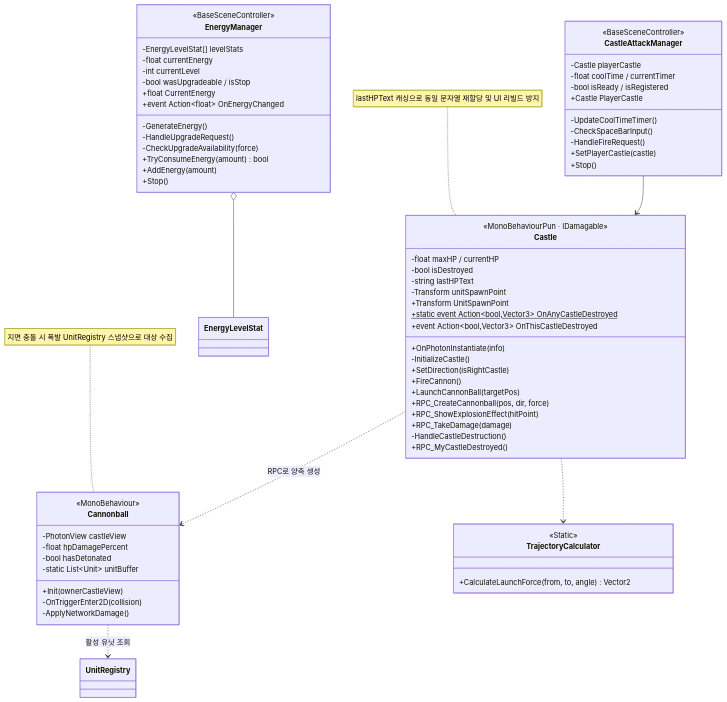
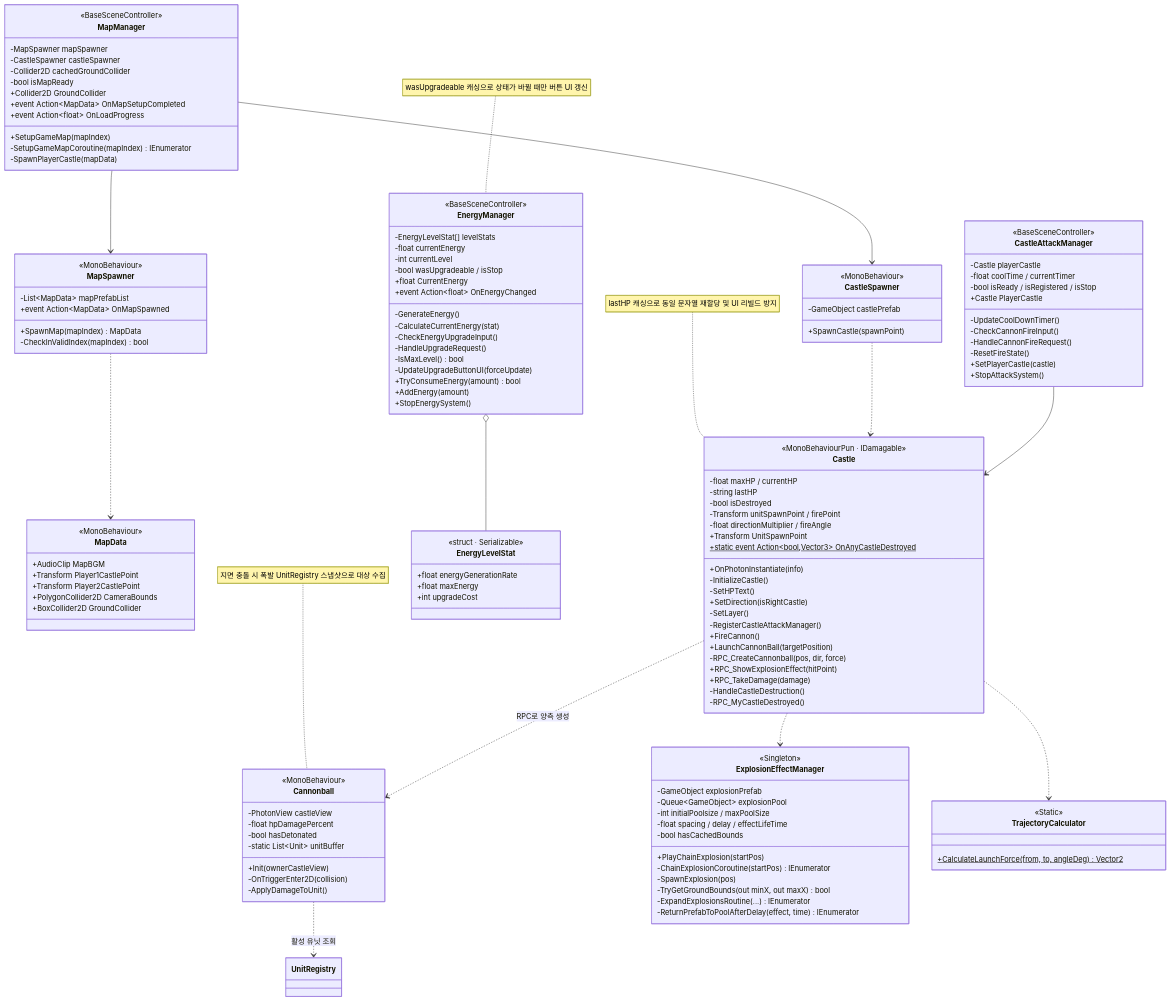
Before and after one commit to dbwoaud/ElementalWar_portfolio: diagram 13 of 15 in Docs/ClassDiagram.md, drawn with Mermaid. The commit also changed other lines of this file, not shown here.

````diff
--- a/Docs/ClassDiagram.md
+++ b/Docs/ClassDiagram.md
@@ -877,38 +1011,79 @@
 ```mermaid
 classDiagram
+    class MapManager {
+        <<BaseSceneController>>
+        -MapSpawner mapSpawner
+        -CastleSpawner castleSpawner
+        -Collider2D cachedGroundCollider
+        -bool isMapReady
+        +Collider2D GroundCollider
+        +event Action~MapData~ OnMapSetupCompleted
+        +event Action~float~ OnLoadProgress
+        +SetupGameMap(mapIndex)
+        -SetupGameMapCoroutine(mapIndex) IEnumerator
+        -SpawnPlayerCastle(mapData)
+    }
+
+    class MapSpawner {
+        <<MonoBehaviour>>
+        -List~MapData~ mapPrefabList
+        +event Action~MapData~ OnMapSpawned
+        +SpawnMap(mapIndex) MapData
+        -CheckInValidIndex(mapIndex) bool
+    }
+
+    class MapData {
+        <<MonoBehaviour>>
+        +AudioClip MapBGM
+        +Transform Player1CastlePoint
+        +Transform Player2CastlePoint
+        +PolygonCollider2D CameraBounds
+        +BoxCollider2D GroundCollider
+    }
+
+    class CastleSpawner {
+        <<MonoBehaviour>>
+        -GameObject castlePrefab
+        +SpawnCastle(spawnPoint)
+    }
+
     class Castle {
         <<MonoBehaviourPun · IDamagable>>
         -float maxHP / currentHP
+        -string lastHP
         -bool isDestroyed
-        -string lastHPText
-        -Transform unitSpawnPoint
+        -Transform unitSpawnPoint / firePoint
+        -float directionMultiplier / fireAngle
         +Transform UnitSpawnPoint
         +static event Action~bool,Vector3~ OnAnyCastleDestroyed$
-        +event Action~bool,Vector3~ OnThisCastleDestroyed
         +OnPhotonInstantiate(info)
         -InitializeCastle()
+        -SetHPText()
         +SetDirection(isRightCastle)
+        -SetLayer()
+        -RegisterCastleAttackManager()
         +FireCannon()
-        +LaunchCannonBall(targetPos)
-        +RPC_CreateCannonball(pos, dir, force)
+        +LaunchCannonBall(targetPosition)
+        -RPC_CreateCannonball(pos, dir, force)
         +RPC_ShowExplosionEffect(hitPoint)
         +RPC_TakeDamage(damage)
         -HandleCastleDestruction()
-        +RPC_MyCastleDestroyed()
+        -RPC_MyCastleDestroyed()
     }
-    note for Castle "lastHPText 캐싱으로 동일 문자열 재할당 및 UI 리빌드 방지"
+    note for Castle "lastHP 캐싱으로 동일 문자열 재할당 및 UI 리빌드 방지"
 
     class CastleAttackManager {
         <<BaseSceneController>>
         -Castle playerCastle
         -float coolTime / currentTimer
-        -bool isReady / isRegistered
+        -bool isReady / isRegistered / isStop
         +Castle PlayerCastle
-        -UpdateCoolTimeTimer()
-        -CheckSpaceBarInput()
-        -HandleFireRequest()
+        -UpdateCoolDownTimer()
+        -CheckCannonFireInput()
+        -HandleCannonFireRequest()
+        -ResetFireState()
         +SetPlayerCastle(castle)
-        +Stop()
+        +StopAttackSystem()
     }
 
     class Cannonball {
@@ -919,13 +1094,28 @@
         -static List~Unit~ unitBuffer
         +Init(ownerCastleView)
         -OnTriggerEnter2D(collision)
-        -ApplyNetworkDamage()
+        -ApplyDamageToUnit()
     }
     note for Cannonball "지면 충돌 시 폭발 UnitRegistry 스냅샷으로 대상 수집"
 
+    class ExplosionEffectManager {
+        <<Singleton>>
+        -GameObject explosionPrefab
+        -Queue~GameObject~ explosionPool
+        -int initialPoolsize / maxPoolSize
+        -float spacing / delay / effectLifeTime
+        -bool hasCachedBounds
+        +PlayChainExplosion(startPos)
+        -ChainExplosionCoroutine(startPos) IEnumerator
+        -SpawnExplosion(pos)
+        -TryGetGroundBounds(out minX, out maxX) bool
+        -ExpandExplosionsRoutine(...) IEnumerator
+        -ReturnPrefabToPoolAfterDelay(effect, time) IEnumerator
+    }
+
     class TrajectoryCalculator {
         <<Static>>
-        +CalculateLaunchForce(from, to, angle) Vector2
+        +CalculateLaunchForce(from, to, angleDeg) Vector2$
     }
 
     class EnergyManager {
@@ -937,16 +1127,32 @@
         +float CurrentEnergy
         +event Action~float~ OnEnergyChanged
         -GenerateEnergy()
+        -CalculateCurrentEnergy(stat)
+        -CheckEnergyUpgradeInput()
         -HandleUpgradeRequest()
-        -CheckUpgradeAvailability(force)
+        -IsMaxLevel() bool
+        -UpdateUpgradeButtonUI(forceUpdate)
         +TryConsumeEnergy(amount) bool
         +AddEnergy(amount)
-        +Stop()
+        +StopEnergySystem()
+    }
+    note for EnergyManager "wasUpgradeable 캐싱으로 상태가 바뀔 때만 버튼 UI 갱신"
+
+    class EnergyLevelStat {
+        <<struct · Serializable>>
+        +float energyGenerationRate
+        +float maxEnergy
+        +int upgradeCost
     }
 
+    MapManager --> MapSpawner
+    MapManager --> CastleSpawner
+    MapSpawner ..> MapData
+    CastleSpawner ..> Castle
+    CastleAttackManager --> Castle
     Castle ..> TrajectoryCalculator
     Castle ..> Cannonball : RPC로 양측 생성
-    CastleAttackManager --> Castle
+    Castle ..> ExplosionEffectManager
     Cannonball ..> UnitRegistry : 활성 유닛 조회
     EnergyManager o-- EnergyLevelStat
 ```
````
